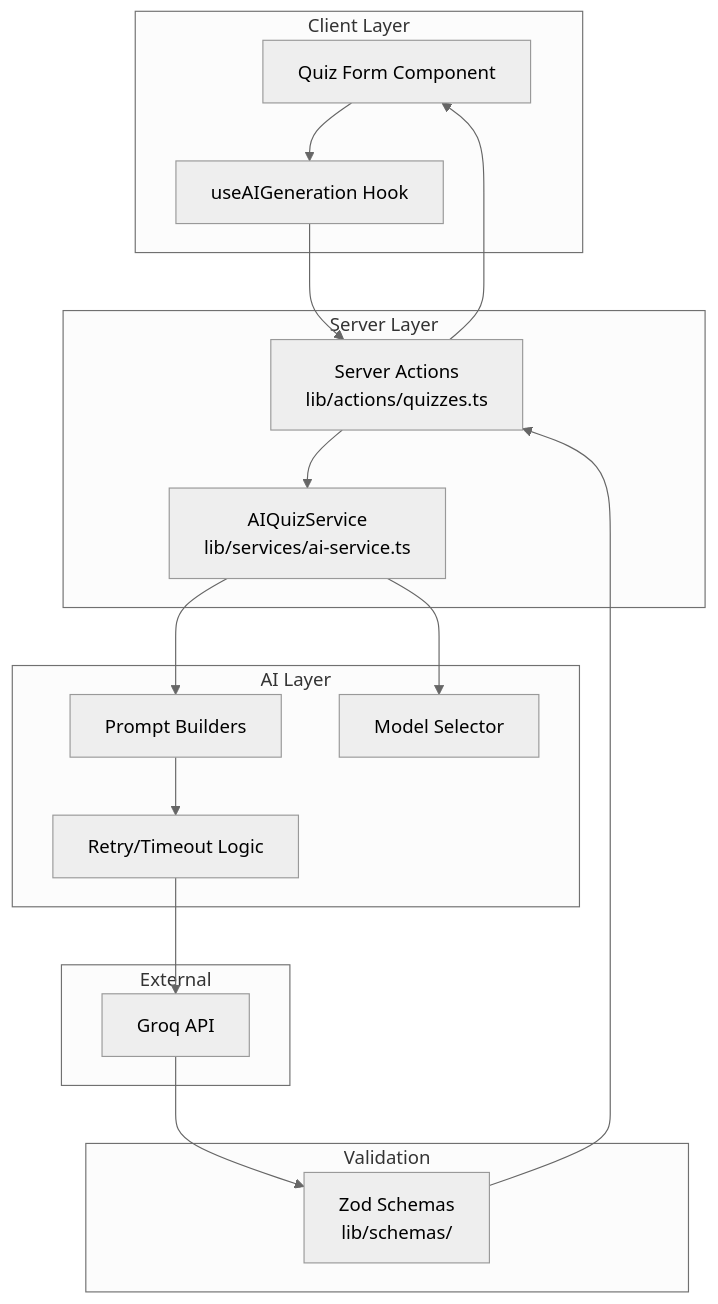
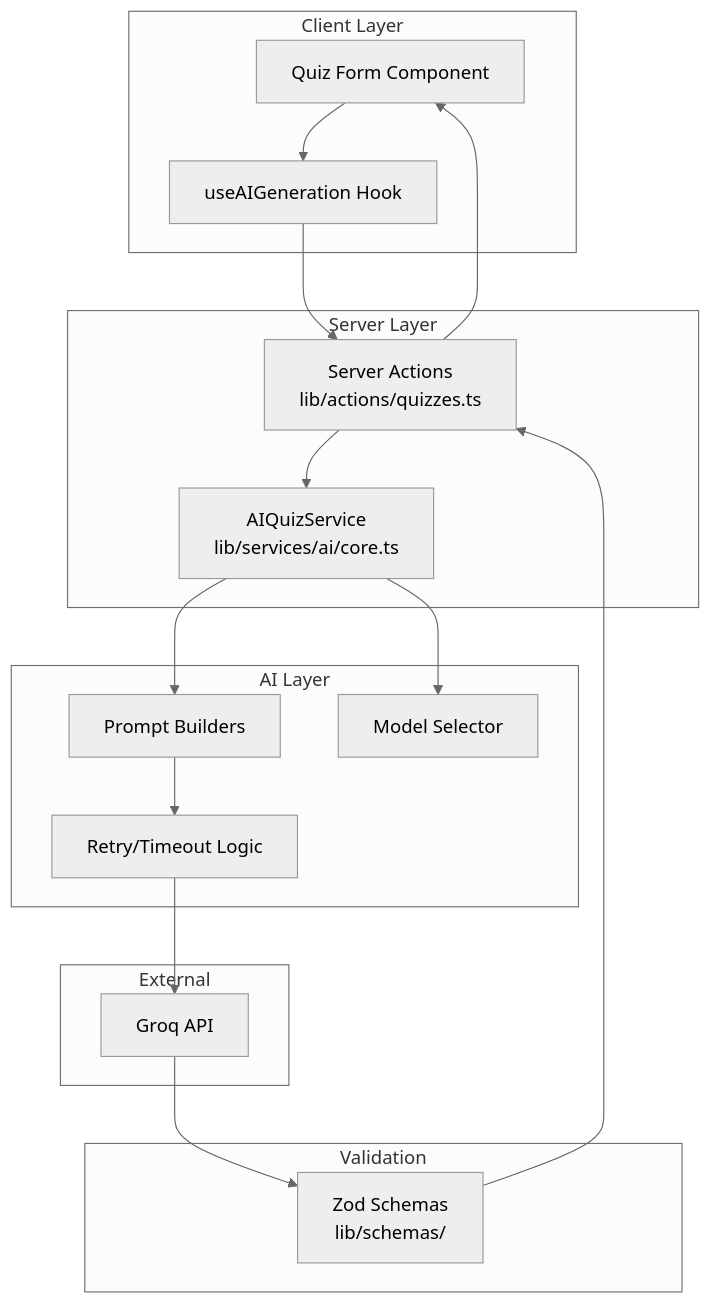
One commit to violabg/dev-recruit changed the first of 8 diagrams in docs/AI_QUIZ_GENERATION.md. Above: the diagram before and after it, drawn with Mermaid (neutral theme). The commit also changed other lines of this file and 22 other files, not shown here.

````diff
--- a/docs/AI_QUIZ_GENERATION.md
+++ b/docs/AI_QUIZ_GENERATION.md
@@ -26,33 +26,33 @@
 ```mermaid
 graph TB
     subgraph "Client Layer"
         QF[Quiz Form Component]
         UH[useAIGeneration Hook]
     end
 
     subgraph "Server Layer"
         SA[Server Actions<br/>lib/actions/quizzes.ts]
-        AIS[AIQuizService<br/>lib/services/ai-service.ts]
+        AIS[AIQuizService<br/>lib/services/ai/core.ts]
     end
 
     subgraph "AI Layer"
         PB[Prompt Builders]
         MS[Model Selector]
         RT[Retry/Timeout Logic]
     end
 
     subgraph "External"
         GROQ[Groq API]
     end
 
     subgraph "Validation"
         ZS[Zod Schemas<br/>lib/schemas/]
     end
 
     QF --> UH --> SA
     SA --> AIS
     AIS --> PB --> RT --> GROQ
     AIS --> MS
     GROQ --> ZS
     ZS --> SA --> QF
 ```
````
